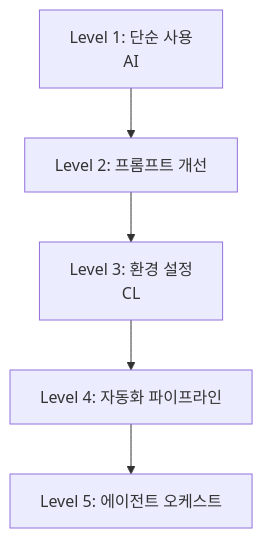
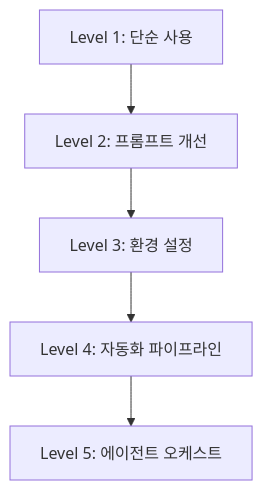
Before and after one commit to yjkim2015/yjkim2015.github.io: the third of 3 diagrams in _posts/ai/2026-05-01-ai-driven-development.md, drawn with Mermaid. The commit also changed other lines of this file and 217 other files, not shown here.

First line of the commit message:
Mermaid 크기 수정: useMaxWidth:true + SVG max-width:100% + 라벨 축소

````diff
--- a/_posts/ai/2026-05-01-ai-driven-development.md
+++ b/_posts/ai/2026-05-01-ai-driven-development.md
@@ -333,9 +333,9 @@
 ```mermaid
 graph TD
-    L1["Level 1: 단순 사용\nAI"]
-    L2["Level 2: 프롬프트 개선\n"]
-    L3["Level 3: 환경 설정\nCL"]
+    L1["Level 1: 단순 사용"]
+    L2["Level 2: 프롬프트 개선"]
+    L3["Level 3: 환경 설정"]
     L4["Level 4: 자동화 파이프라인"]
     L5["Level 5: 에이전트 오케스트"]
     L1 --> L2 --> L3 --> L4 --> L5
 ```
````
